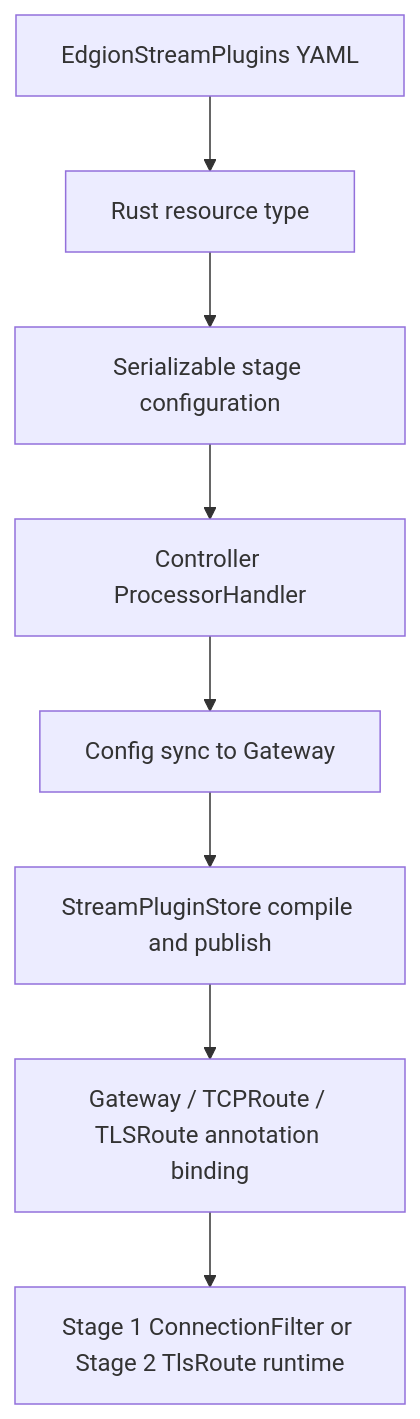
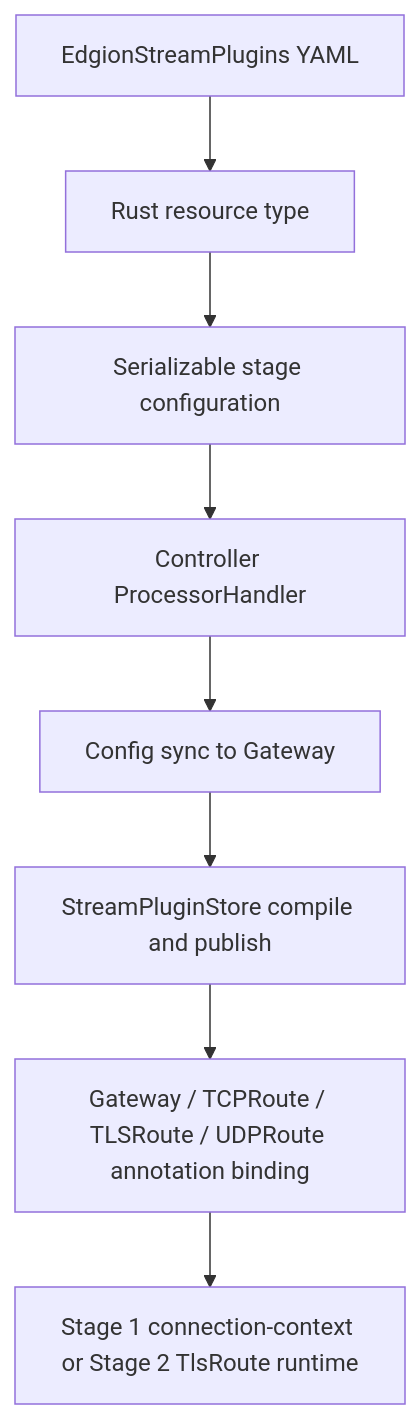
The diagram in docs/en/dev-guide/stream-plugin-development.md (Pandaala/Edgion), drawn with Mermaid before and after one commit. The commit also changed other lines of this file and 21 other files, not shown here.

````diff
--- a/docs/en/dev-guide/stream-plugin-development.md
+++ b/docs/en/dev-guide/stream-plugin-development.md
@@ -74,10 +81,10 @@
 ```mermaid
 graph TD
     A["EdgionStreamPlugins YAML"] --> B["Rust resource type"]
     B --> C["Serializable stage configuration"]
     C --> D["Controller ProcessorHandler"]
     D --> E["Config sync to Gateway"]
     E --> F["StreamPluginStore compile and publish"]
-    F --> G["Gateway / TCPRoute / TLSRoute annotation binding"]
-    G --> H["Stage 1 ConnectionFilter or Stage 2 TlsRoute runtime"]
+    F --> G["Gateway / TCPRoute / TLSRoute / UDPRoute annotation binding"]
+    G --> H["Stage 1 connection-context or Stage 2 TlsRoute runtime"]
 ```
````
